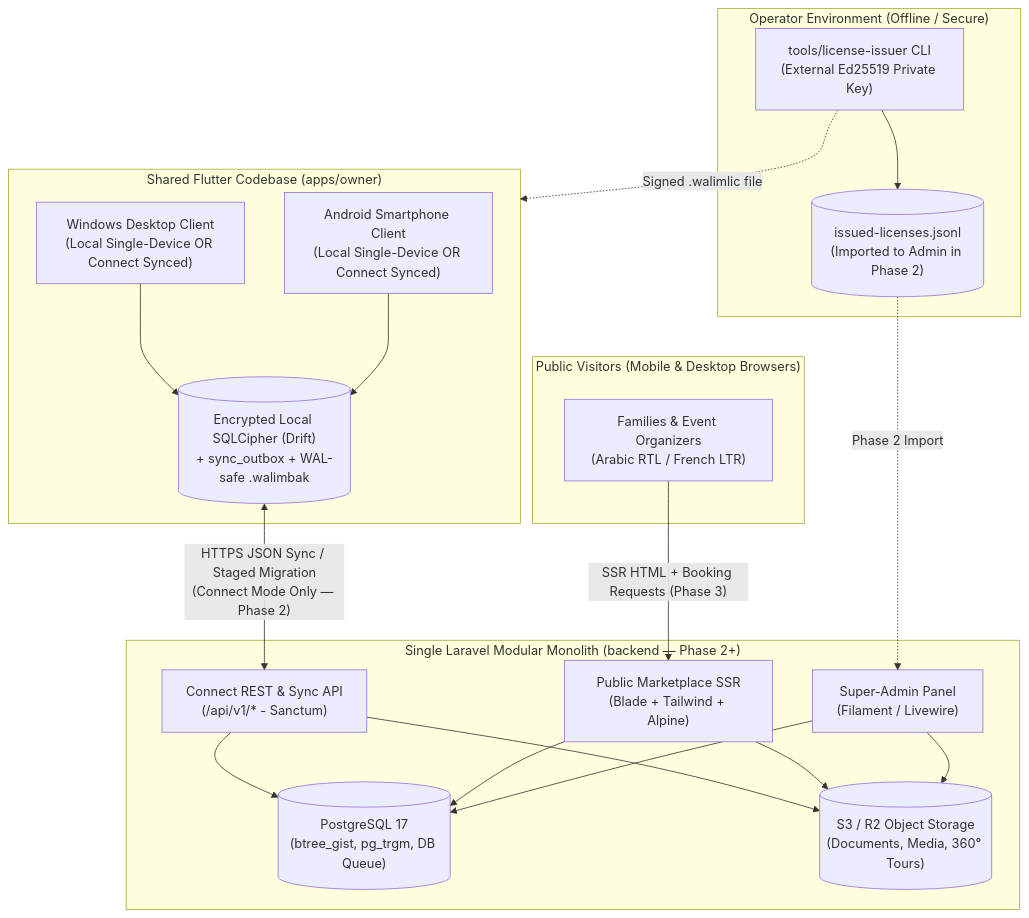
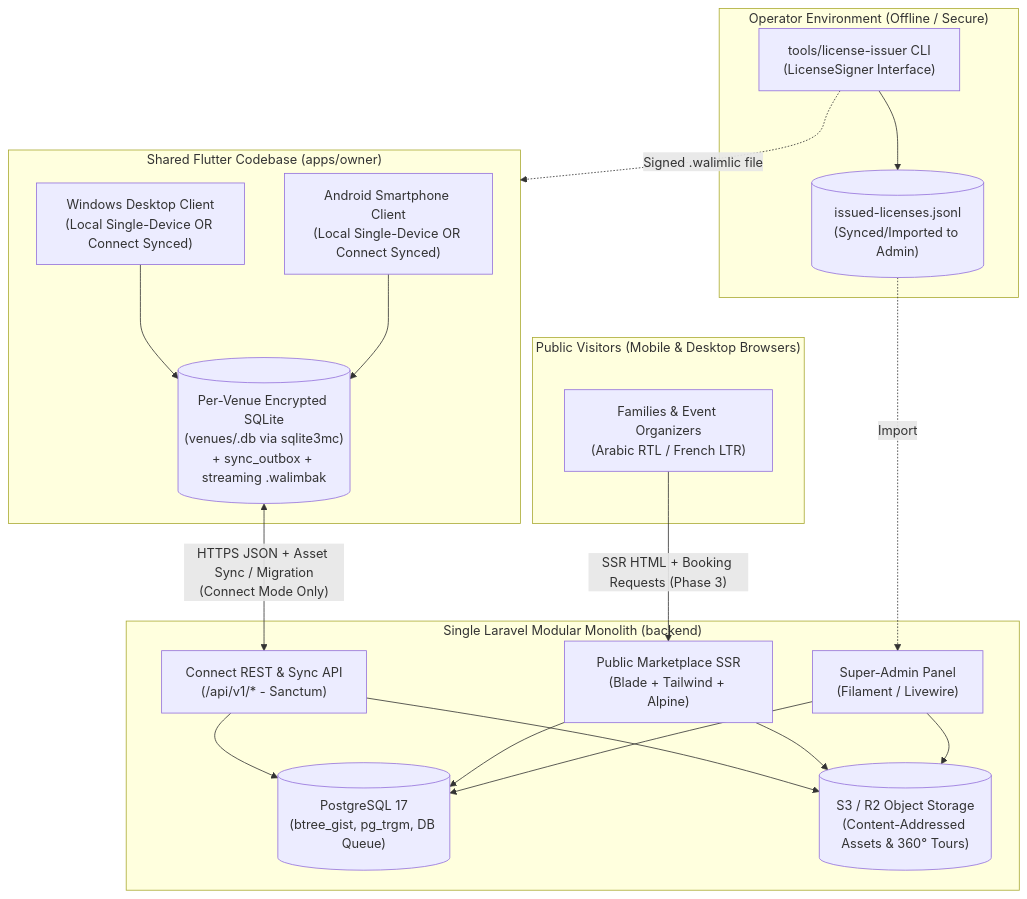
One commit to zBensadi/walimapp changed the first of 2 diagrams in docs/architecture.md. Above: the diagram before and after it, drawn with Mermaid. The commit also changed other lines of this file and 9 other files, not shown here.

````diff
--- a/docs/architecture.md
+++ b/docs/architecture.md
@@ -23,40 +23,40 @@
 ```mermaid
 flowchart TB
     subgraph Operator["Operator Environment (Offline / Secure)"]
-        IssuerCLI["tools/license-issuer CLI\n(External Ed25519 Private Key)"]
-        OperatorLedger[("issued-licenses.jsonl\n(Imported to Admin in Phase 2)")]
+        IssuerCLI["tools/license-issuer CLI\n(LicenseSigner Interface)"]
+        OperatorLedger[("issued-licenses.jsonl\n(Synced/Imported to Admin)")]
         IssuerCLI --> OperatorLedger
     end
 
     subgraph Clients["Shared Flutter Codebase (apps/owner)"]
         WinApp["Windows Desktop Client\n(Local Single-Device OR Connect Synced)"]
         AndApp["Android Smartphone Client\n(Local Single-Device OR Connect Synced)"]
-        LocalDB[("Encrypted Local SQLCipher (Drift)\n+ sync_outbox + WAL-safe .walimbak")]
+        LocalDB[("Per-Venue Encrypted SQLite\n(venues/<venue_id>.db via sqlite3mc)\n+ sync_outbox + streaming .walimbak")]
         WinApp --> LocalDB
         AndApp --> LocalDB
     end
 
     subgraph PublicUsers["Public Visitors (Mobile & Desktop Browsers)"]
         WebVisitor["Families & Event Organizers\n(Arabic RTL / French LTR)"]
     end
 
-    subgraph Backend["Single Laravel Modular Monolith (backend — Phase 2+)"]
+    subgraph Backend["Single Laravel Modular Monolith (backend)"]
         SyncAPI["Connect REST & Sync API\n(/api/v1/* - Sanctum)"]
         SSRWeb["Public Marketplace SSR\n(Blade + Tailwind + Alpine)"]
         AdminPanel["Super-Admin Panel\n(Filament / Livewire)"]
         PG[("PostgreSQL 17\n(btree_gist, pg_trgm, DB Queue)")]
-        ObjStore[("S3 / R2 Object Storage\n(Documents, Media, 360° Tours)")]
+        ObjStore[("S3 / R2 Object Storage\n(Content-Addressed Assets & 360° Tours)")]
 
         SyncAPI --> PG
         SSRWeb --> PG
         AdminPanel --> PG
         SyncAPI --> ObjStore
         SSRWeb --> ObjStore
         AdminPanel --> ObjStore
     end
 
     IssuerCLI -.->|"Signed .walimlic file"| Clients
-    OperatorLedger -.->|"Phase 2 Import"| AdminPanel
-    LocalDB <-->|"HTTPS JSON Sync / Staged Migration\n(Connect Mode Only — Phase 2)"| SyncAPI
+    OperatorLedger -.->|"Import"| AdminPanel
+    LocalDB <-->|"HTTPS JSON + Asset Sync / Migration\n(Connect Mode Only)"| SyncAPI
     WebVisitor -->|"SSR HTML + Booking Requests (Phase 3)"| SSRWeb
 ```
````
